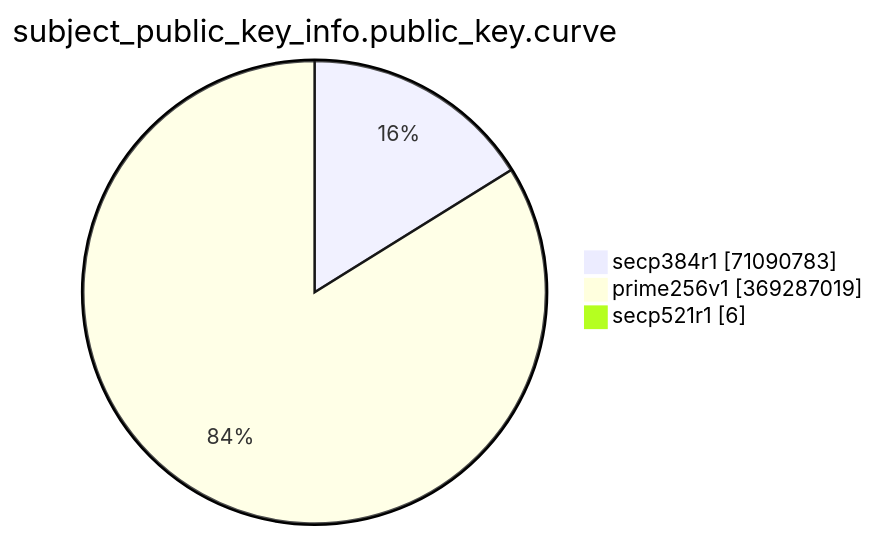
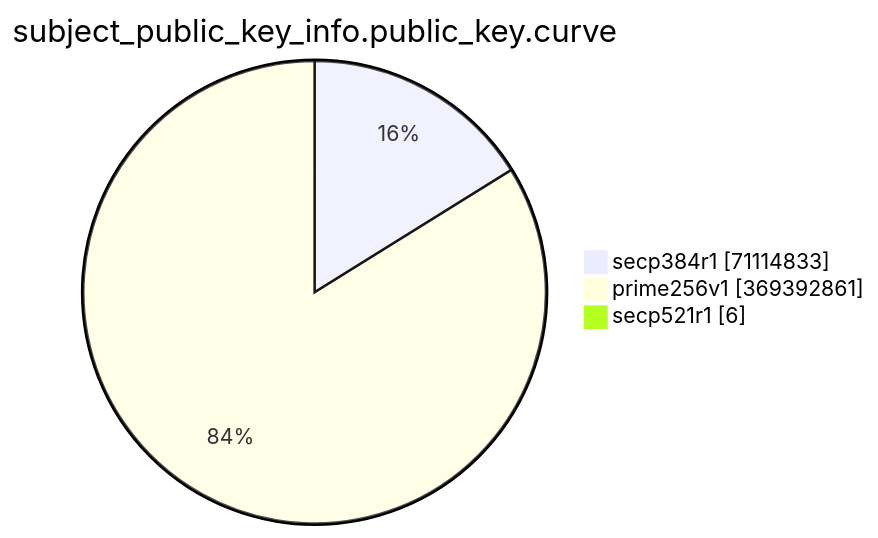
One commit to christiankrug/ctmonitor_visualization changed the eighth of 15 diagrams in TOTAL/README.md. Above: the diagram before and after it, drawn with Mermaid. The commit also changed other lines of this file, not shown here.

````diff
--- a/TOTAL/README.md
+++ b/TOTAL/README.md
@@ -3094,7 +3094,7 @@
 ```mermaid
 pie showData
 title subject_public_key_info.public_key.curve
-"secp384r1" :71090783
-"prime256v1" :369287019
+"secp384r1" :71114833
+"prime256v1" :369392861
 "secp521r1" :6
 ```
````
